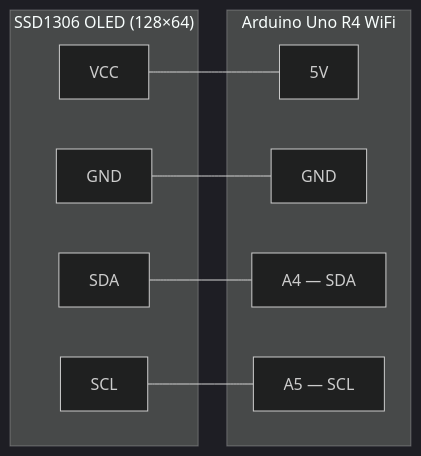
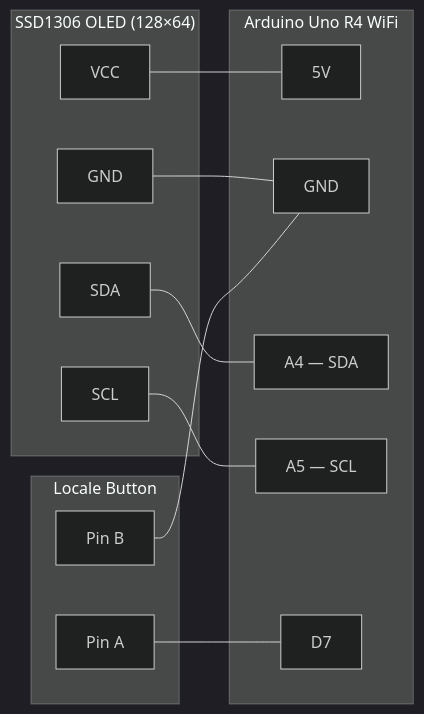
Before and after one commit to vcchstrandberg/netatmo-weather-api: the third of 7 diagrams in README.md, drawn with Mermaid (dark theme). The commit also changed other lines of this file, not shown here.

Commit message:
Add locale button to wiring diagram and pin table

````diff
--- a/README.md
+++ b/README.md
@@ -64,21 +64,29 @@
 ```mermaid
 flowchart LR
     subgraph oled["SSD1306 OLED (128×64)"]
         o_vcc[VCC]
         o_gnd[GND]
         o_sda[SDA]
         o_scl[SCL]
     end
 
+    subgraph btn["Locale Button"]
+        b_a[Pin A]
+        b_b[Pin B]
+    end
+
     subgraph uno["Arduino Uno R4 WiFi"]
         a_5v[5V]
         a_gnd[GND]
         a_sda[A4 — SDA]
         a_scl[A5 — SCL]
+        a_d7[D7]
     end
 
     o_vcc --- a_5v
     o_gnd --- a_gnd
     o_sda --- a_sda
     o_scl --- a_scl
+    b_a --- a_d7
+    b_b --- a_gnd
 ```
````
